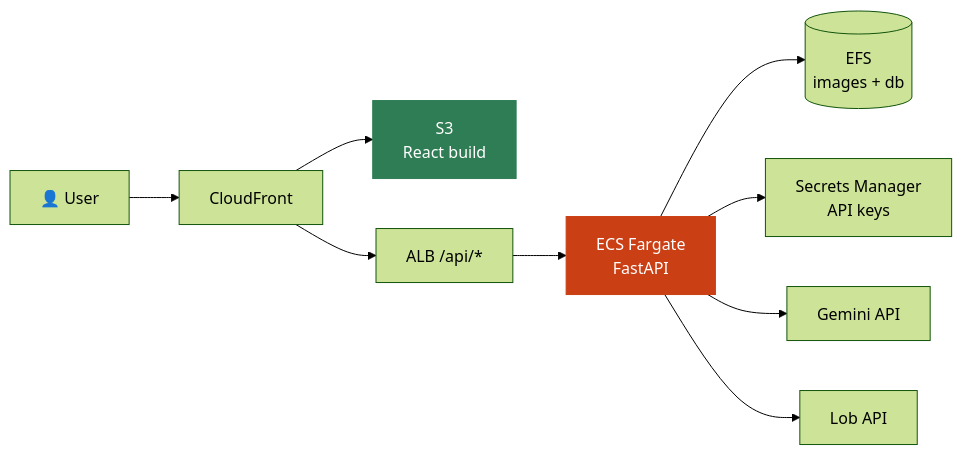
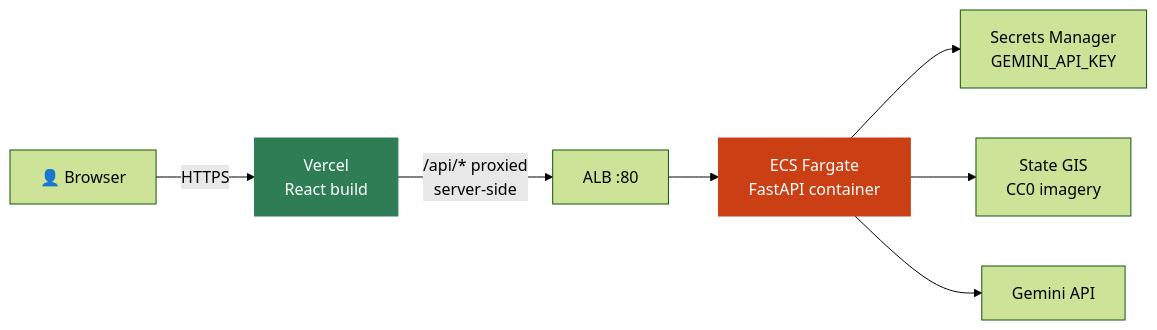
The sixth of 6 diagrams in README.md (Zerubabel-J/curbside), drawn with Mermaid (forest theme) before and after one commit. The commit also changed other lines of this file and 4 other files, not shown here.

````diff
--- a/README.md
+++ b/README.md
@@ -316,14 +348,12 @@
 ```mermaid
 flowchart LR
-    U["👤 User"] --> CF["CloudFront"]
-    CF --> S3["S3<br/>React build"]
-    CF --> ALB["ALB /api/*"]
-    ALB --> ECS["ECS Fargate<br/>FastAPI"]
-    ECS --> EFS[("EFS<br/>images + db")]
-    ECS --> SM["Secrets Manager<br/>API keys"]
+    U["👤 Browser"] -->|HTTPS| V["Vercel<br/>React build"]
+    V -->|"/api/* proxied<br/>server-side"| ALB["ALB :80"]
+    ALB --> ECS["ECS Fargate<br/>FastAPI container"]
+    ECS --> SM["Secrets Manager<br/>GEMINI_API_KEY"]
+    ECS --> GIS["State GIS<br/>CC0 imagery"]
     ECS --> GEM["Gemini API"]
-    ECS --> LOB["Lob API"]
 
     style ECS fill:#cb3f14,stroke:#cb3f14,color:#fff
-    style S3 fill:#2f7d55,stroke:#2f7d55,color:#fff
+    style V fill:#2f7d55,stroke:#2f7d55,color:#fff
 ```
````
